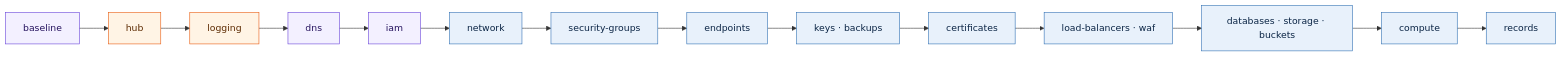
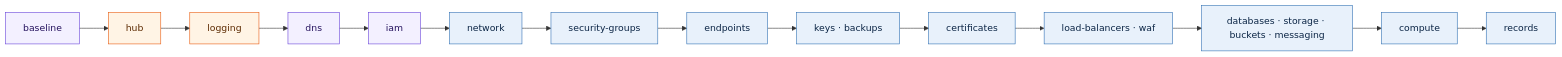
The fifth of 5 diagrams in README.md (justin-samuel12/terraform-aws-scaffold), drawn with Mermaid before and after one commit. The commit also changed other lines of this file and 137 other files, not shown here.

````diff
--- a/README.md
+++ b/README.md
@@ -135,14 +135,14 @@
 ```mermaid
 flowchart LR
   base["baseline"] --> hub["hub"] --> log["logging"] --> dns["dns"] --> iam["iam"]
   iam --> net["network"] --> sg["security-groups"] --> ep["endpoints"]
   ep --> keys["keys · backups"] --> cert["certificates"] --> lb["load-balancers · waf"]
-  lb --> data["databases · storage · buckets"] --> comp["compute"] --> rec["records"]
+  lb --> data["databases · storage · buckets · messaging"] --> comp["compute"] --> rec["records"]
 
   classDef g fill:#f3f0ff,stroke:#6741d9,color:#25125e
   classDef s fill:#fff4e5,stroke:#e8590c,color:#5c2a00
   classDef e fill:#e8f1fb,stroke:#2f6fb3,color:#0b2545
   class base,dns,iam g
   class hub,log s
   class net,sg,ep,keys,cert,lb,data,comp,rec e
 ```
````
